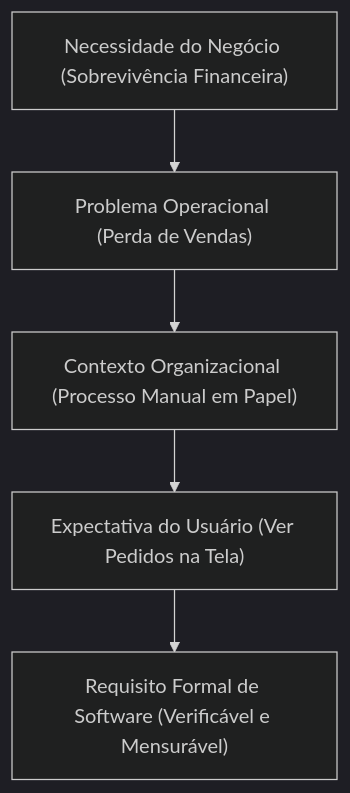
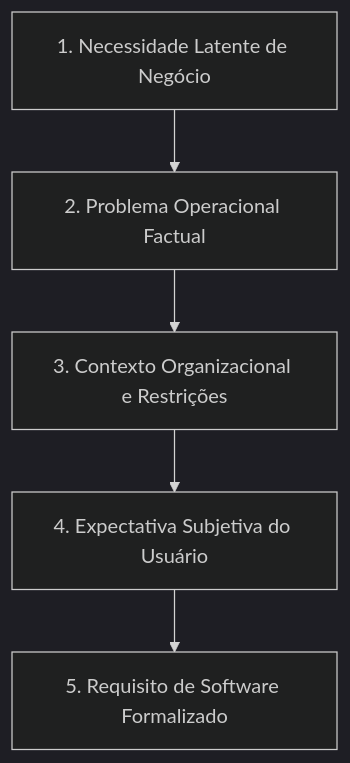
Before and after one commit to murilolol/unifef: the seventh of 28 diagrams in 4º Semestre/[Prof. Wesley Soares] Engenharia de Software II/Resumos-IA/Caderno-Consolidado.md, drawn with Mermaid (dark theme). The commit also changed other lines of this file and 40 other files, not shown here.

````diff
--- a/4º Semestre/[Prof. Wesley Soares] Engenharia de Software II/Resumos-IA/Caderno-Consolidado.md
+++ b/4º Semestre/[Prof. Wesley Soares] Engenharia de Software II/Resumos-IA/Caderno-Consolidado.md
@@ -419,7 +444,7 @@
 ```mermaid
 flowchart TD
-    N["Necessidade do Negócio (Sobrevivência Financeira)"] --> P["Problema Operacional (Perda de Vendas)"]
-    P --> C["Contexto Organizacional (Processo Manual em Papel)"]
-    C --> E["Expectativa do Usuário (Ver Pedidos na Tela)"]
-    E --> R["Requisito Formal de Software (Verificável e Mensurável)"]
+    N["1. Necessidade Latente de Negócio"] --> P["2. Problema Operacional Factual"]
+    P --> C["3. Contexto Organizacional e Restrições"]
+    C --> E["4. Expectativa Subjetiva do Usuário"]
+    E --> R["5. Requisito de Software Formalizado"]
 ```
````
